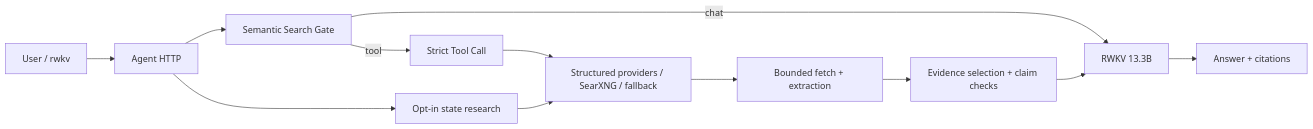
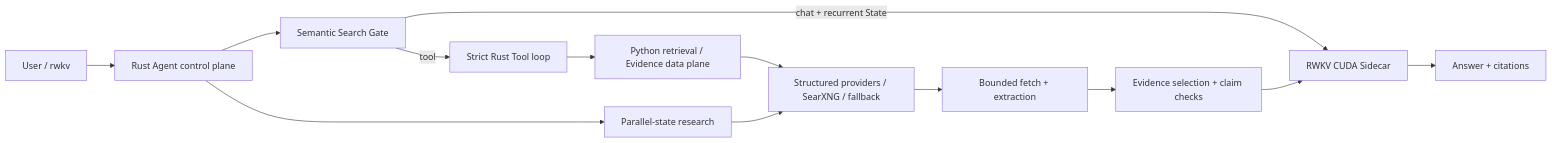
One commit to 123123213weqw/rwkv-agent changed the diagram in README.md. Above: the diagram before and after it, drawn with Mermaid. The commit also changed other lines of this file and 56 other files, not shown here.

Commit message:
Publish Rust Agent control plane

````diff
--- a/README.md
+++ b/README.md
@@ -131,14 +129,15 @@
 ```mermaid
 flowchart LR
-    U["User / rwkv"] --> API["Agent HTTP"]
+    U["User / rwkv"] --> API["Rust Agent control plane"]
     API --> G["Semantic Search Gate"]
-    G -->|"chat"| M["RWKV 13.3B"]
-    G -->|"tool"| T["Strict Tool Call"]
-    T --> D["Structured providers / SearXNG / fallback"]
+    G -->|"chat + recurrent State"| M["RWKV CUDA Sidecar"]
+    G -->|"tool"| T["Strict Rust Tool loop"]
+    T --> P["Python retrieval / Evidence data plane"]
+    P --> D["Structured providers / SearXNG / fallback"]
     D --> F["Bounded fetch + extraction"]
     F --> E["Evidence selection + claim checks"]
     E --> M
     M --> A["Answer + citations"]
-    API --> R["Opt-in state research"]
+    API --> R["Parallel-state research"]
     R --> D
 ```
````
